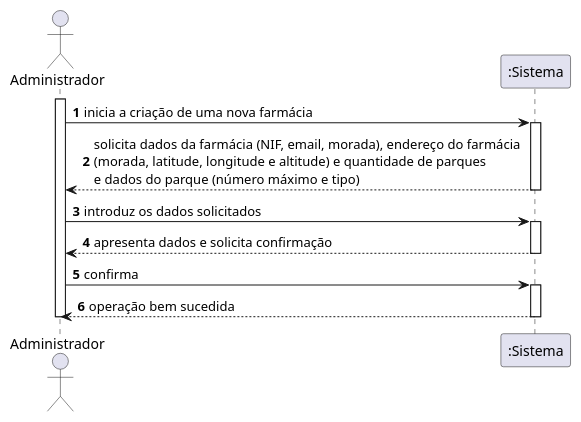
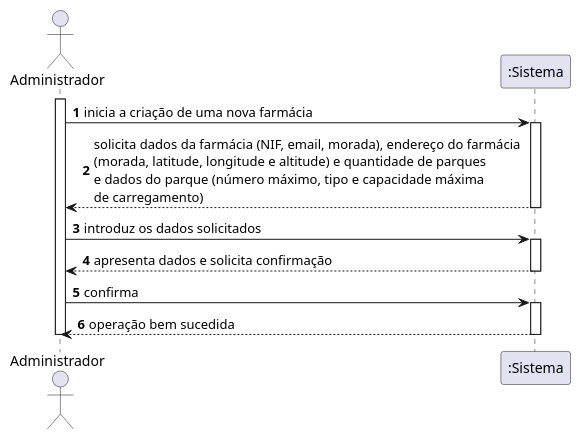
One commit to pedrolemos4/LAPR3 changed the diagram in docs/UC128/SSD-REGISTAR FARMACIA.puml. Above: the diagram before and after it, drawn with PlantUML. The commit also changed 7 other files, not shown here.

```diff
--- a/docs/UC128/SSD-REGISTAR FARMACIA.puml
+++ b/docs/UC128/SSD-REGISTAR FARMACIA.puml
@@ -1,22 +1,22 @@
 @startuml
 autonumber
 actor "Administrador" as ADM
 
 activate ADM
 ADM -> ":Sistema" : inicia a criação de uma nova farmácia
 activate ":Sistema"
-":Sistema" --> ADM : solicita dados da farmácia (NIF, email, morada), endereço do farmácia \n(morada, latitude, longitude e altitude) e quantidade de parques \ne dados do parque (número máximo e tipo)
+":Sistema" --> ADM : solicita dados da farmácia (NIF, email, morada), endereço do farmácia \n(morada, latitude, longitude e altitude) e quantidade de parques \ne dados do parque (número máximo, tipo e capacidade máxima \nde carregamento)
 deactivate ":Sistema"
 
 ADM -> ":Sistema" : introduz os dados solicitados
 activate ":Sistema"
 ":Sistema" --> ADM : apresenta dados e solicita confirmação
 deactivate ":Sistema"
 
 ADM -> ":Sistema" : confirma
 activate ":Sistema"
 ":Sistema" --> ADM : operação bem sucedida
 deactivate ":Sistema"
 
 deactivate ADM
 @enduml
```
